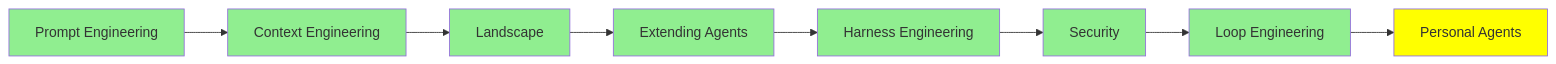
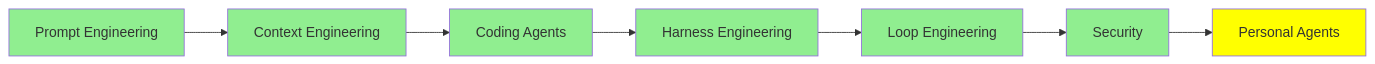
Before and after one commit to lokumai/ai-engineering-bazaar: the third of 3 diagrams in mini-courses/2_intermediate/personal_agents.md, drawn with Mermaid. The commit also changed 23 other files, not shown here.

````diff
--- a/mini-courses/2_intermediate/personal_agents.md
+++ b/mini-courses/2_intermediate/personal_agents.md
@@ -256,18 +256,16 @@
 ```mermaid
 graph LR
     A[Prompt Engineering] --> B[Context Engineering]
-    B --> C[Landscape]
-    C --> D[Extending Agents]
-    D --> E[Harness Engineering]
+    B --> C[Coding Agents]
+    C --> D[Harness Engineering]
+    D --> E[Loop Engineering]
     E --> F[Security]
-    F --> G[Loop Engineering]
-    G --> H[Personal Agents]
+    F --> G[Personal Agents]
     style A fill:#90EE90
     style B fill:#90EE90
     style C fill:#90EE90
     style D fill:#90EE90
     style E fill:#90EE90
     style F fill:#90EE90
-    style G fill:#90EE90
-    style H fill:#FFFF00
+    style G fill:#FFFF00
 ```
````
